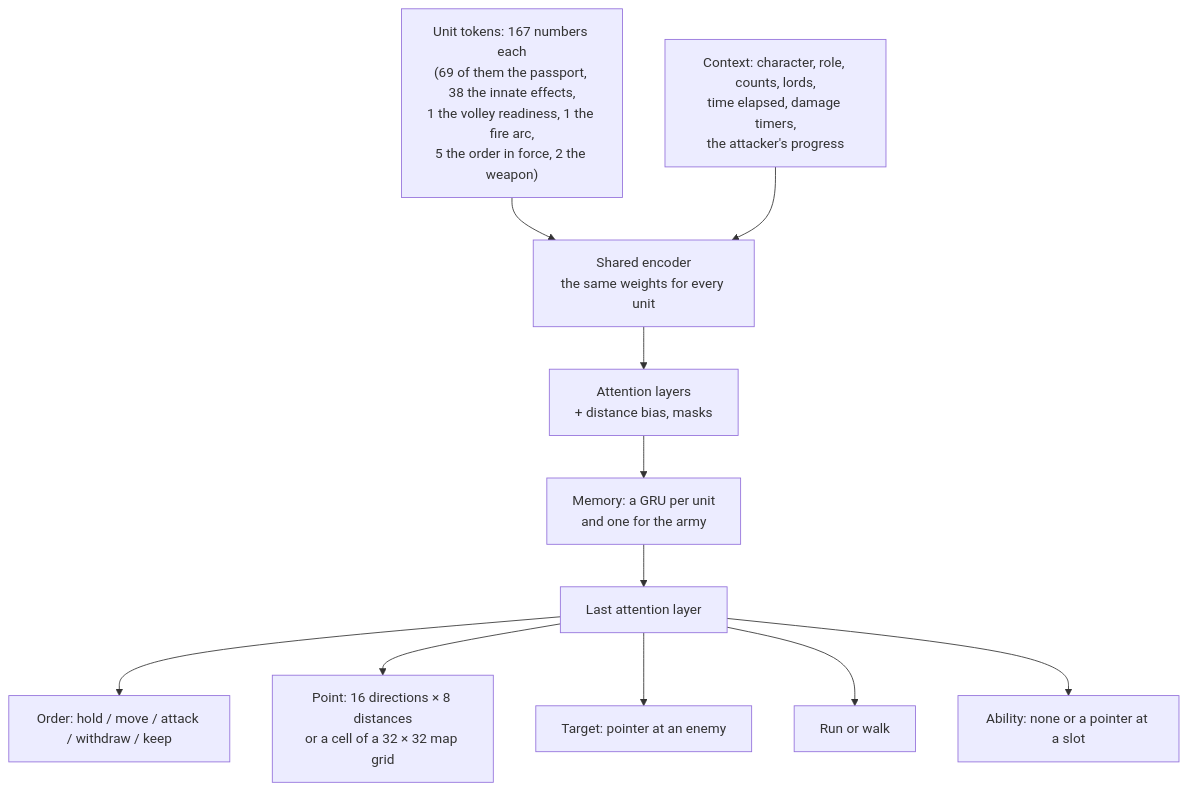
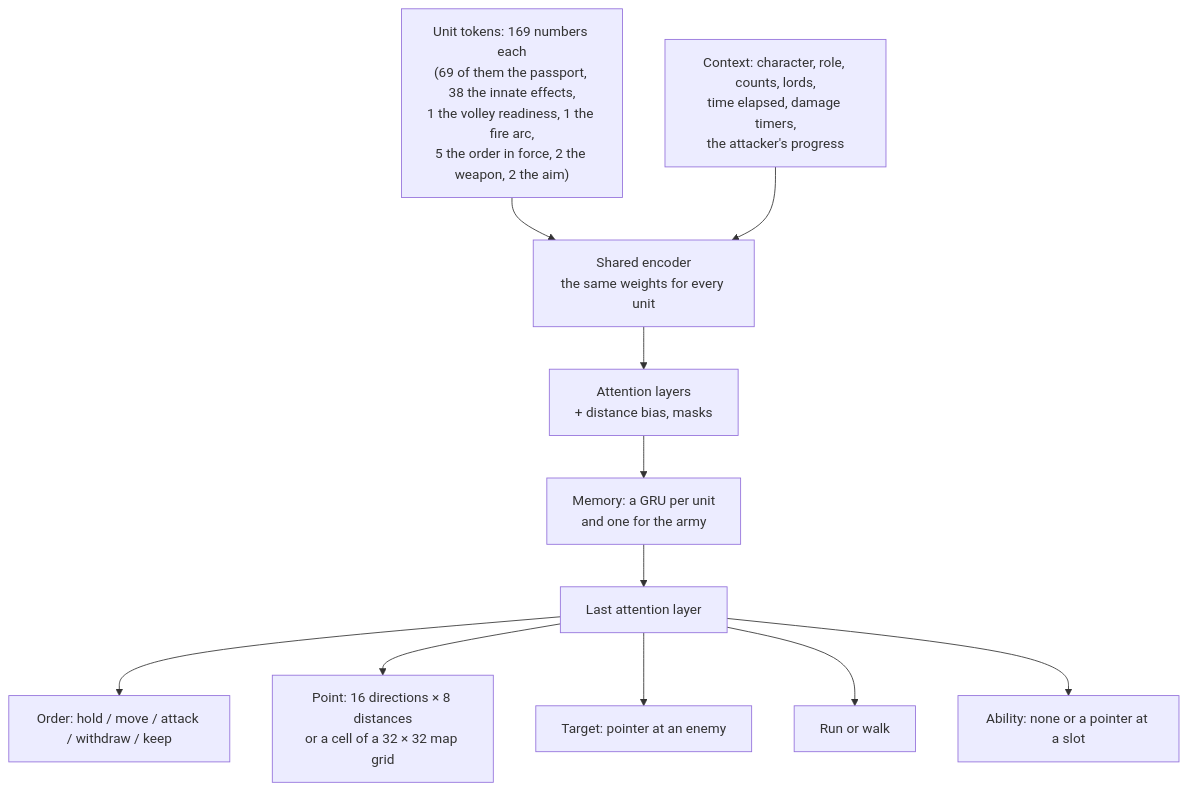
Before and after one commit to DimaZero7/TWW3-batle-ai: the second of 3 diagrams in docs/en/training/model.md, drawn with Mermaid. The commit also changed other lines of this file and 22 other files, not shown here.

````diff
--- a/docs/en/training/model.md
+++ b/docs/en/training/model.md
@@ -277,13 +298,13 @@
 ```mermaid
 flowchart TB
-  tok["Unit tokens: 167 numbers each<br/>(69 of them the passport, 38 the innate effects,<br/>1 the volley readiness, 1 the fire arc,<br/>5 the order in force, 2 the weapon)"] --> enc["Shared encoder<br/>the same weights for every unit"]
+  tok["Unit tokens: 169 numbers each<br/>(69 of them the passport, 38 the innate effects,<br/>1 the volley readiness, 1 the fire arc,<br/>5 the order in force, 2 the weapon, 2 the aim)"] --> enc["Shared encoder<br/>the same weights for every unit"]
   ctx["Context: character, role, counts, lords,<br/>time elapsed, damage timers,<br/>the attacker's progress"] --> enc
   enc --> att["Attention layers<br/>+ distance bias, masks"]
   att --> gru["Memory: a GRU per unit<br/>and one for the army"]
   gru --> last["Last attention layer"]
   last --> kind["Order: hold / move / attack / withdraw / keep"]
   last --> point["Point: 16 directions × 8 distances<br/>or a cell of a 32 × 32 map grid"]
   last --> ptr["Target: pointer at an enemy"]
   last --> run["Run or walk"]
   last --> abil["Ability: none or a pointer at a slot"]
 ```
````
